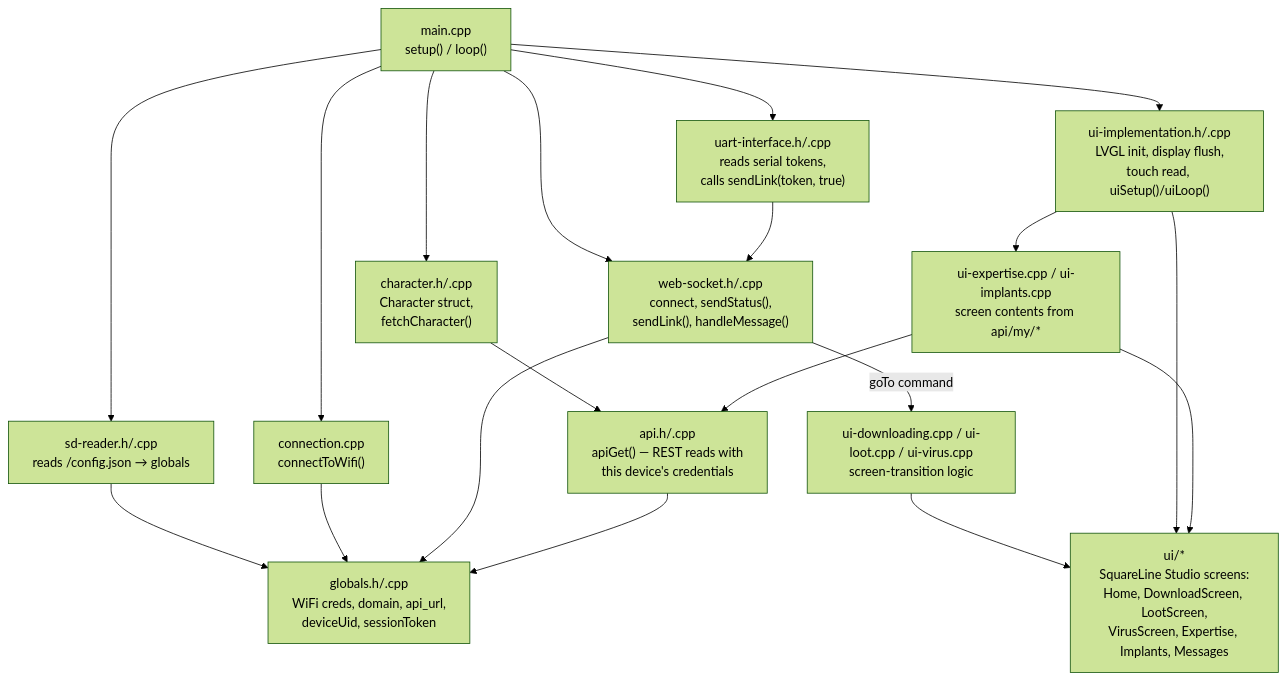
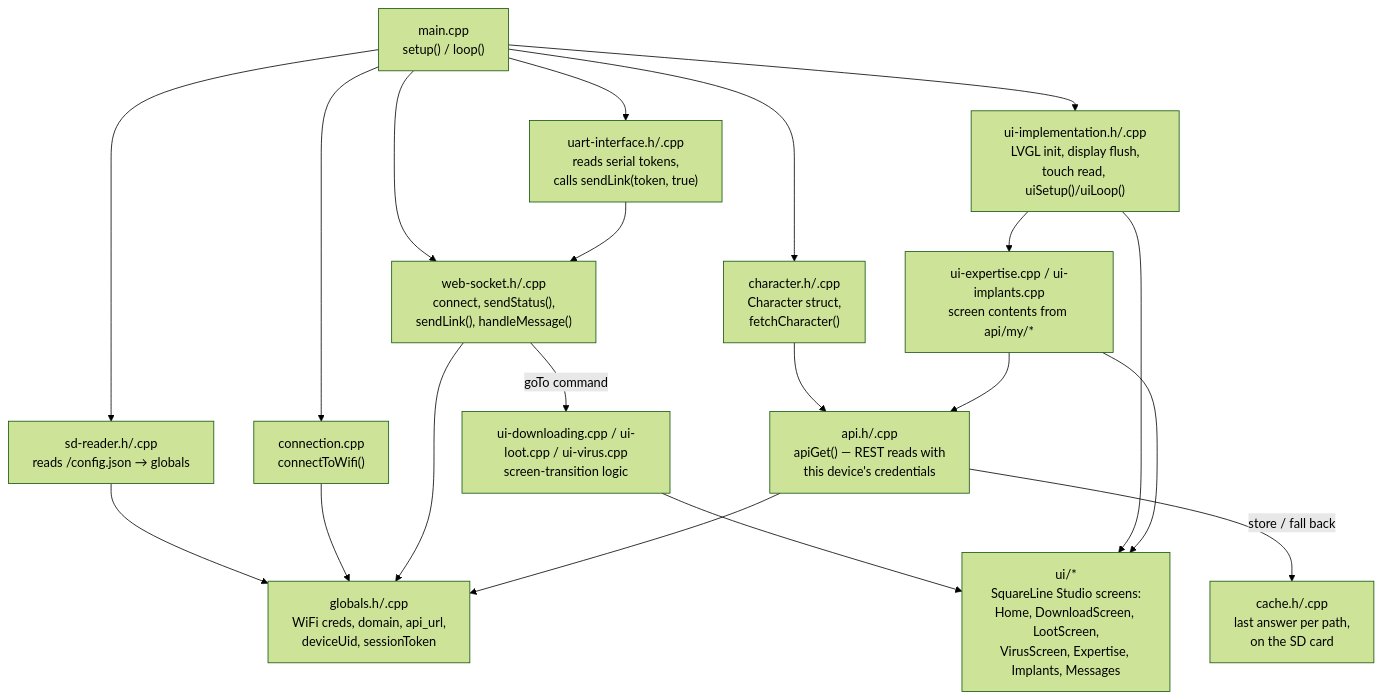
The second of 7 diagrams in docs/CYD_DESIGN.md (yodivdhende/terra-prime), drawn with Mermaid (forest theme) before and after one commit. The commit also changed other lines of this file and 10 other files, not shown here.

````diff
--- a/docs/CYD_DESIGN.md
+++ b/docs/CYD_DESIGN.md
@@ -66,34 +67,36 @@
 ```mermaid
 flowchart TB
     main["main.cpp\nsetup() / loop()"]
     globals["globals.h/.cpp\nWiFi creds, domain, api_url,\ndeviceUid, sessionToken"]
     sd["sd-reader.h/.cpp\nreads /config.json → globals"]
+    cache["cache.h/.cpp\nlast answer per path,\non the SD card"]
     conn["connection.cpp\nconnectToWifi()"]
     ws["web-socket.h/.cpp\nconnect, sendStatus(),\nsendLink(), handleMessage()"]
     api["api.h/.cpp\napiGet() — REST reads with\nthis device's credentials"]
     char["character.h/.cpp\nCharacter struct,\nfetchCharacter()"]
     uart["uart-interface.h/.cpp\nreads serial tokens,\ncalls sendLink(token, true)"]
     ui["ui-implementation.h/.cpp\nLVGL init, display flush,\ntouch read, uiSetup()/uiLoop()"]
     screens["ui/*\nSquareLine Studio screens:\nHome, DownloadScreen, LootScreen,\nVirusScreen, Expertise, Implants, Messages"]
     xition["ui-downloading.cpp / ui-loot.cpp / ui-virus.cpp\nscreen-transition logic"]
     data["ui-expertise.cpp / ui-implants.cpp\nscreen contents from api/my/*"]
 
     main --> sd
     main --> conn
     main --> ws
     main --> char
     main --> uart
     main --> ui
     sd --> globals
     conn --> globals
     ws --> globals
     api --> globals
+    api -- "store / fall back" --> cache
     char --> api
     data --> api
     ws -- "goTo command" --> xition
     xition --> screens
     ui --> screens
     ui --> data
     data --> screens
     uart --> ws
 ```
````
